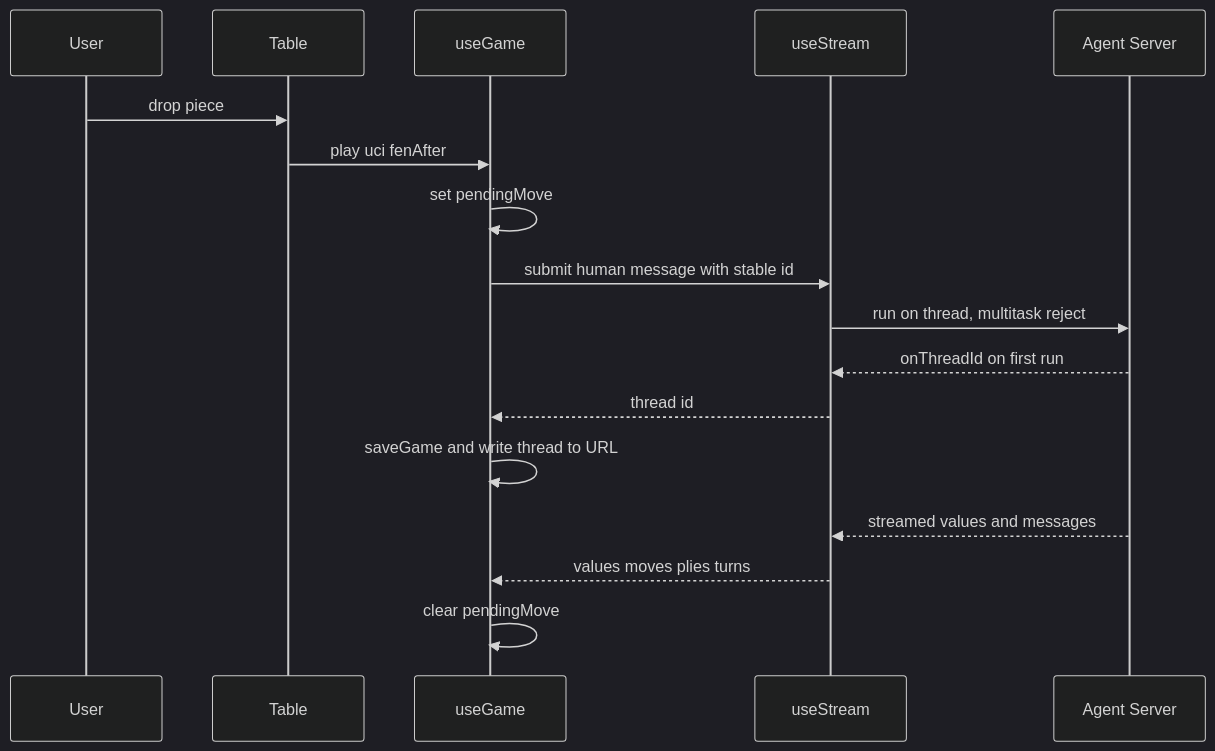
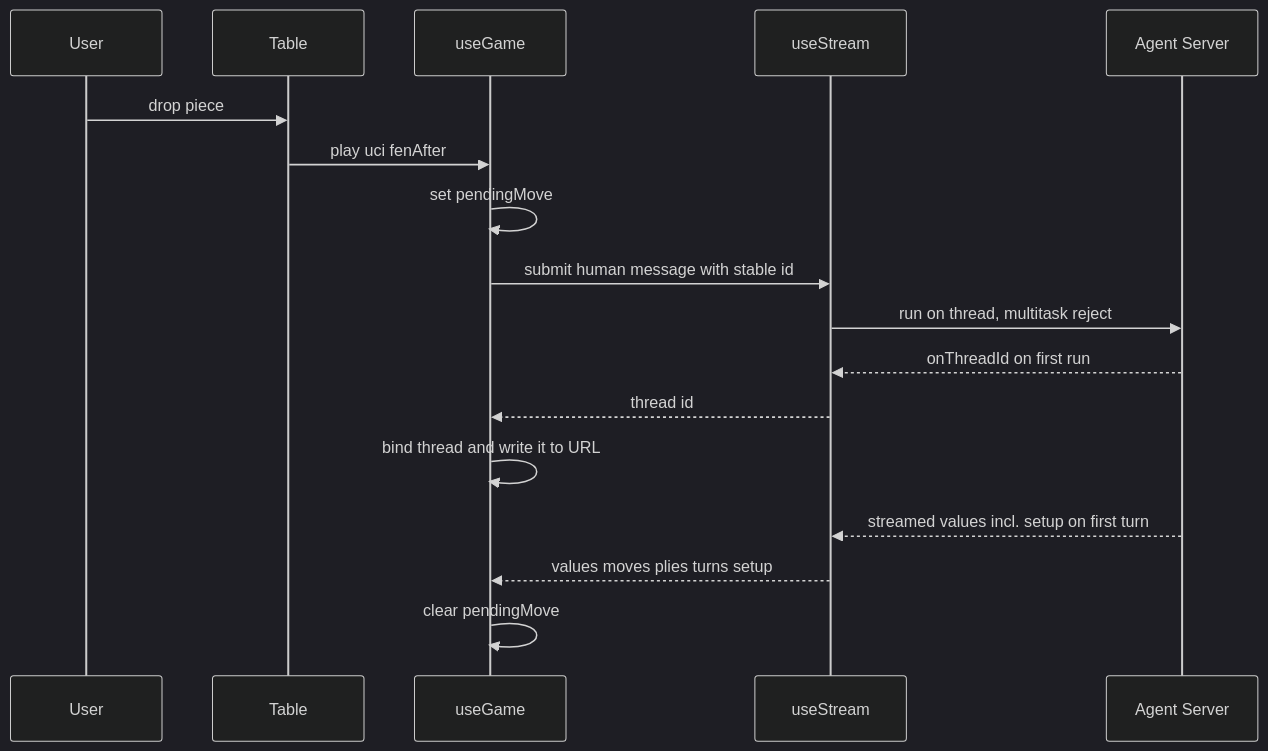
The second of 3 diagrams in openwiki/architecture/web-frontends.md (darieldatoon/langchain-chess), drawn with Mermaid (dark theme) before and after one commit. The commit also changed other lines of this file and 39 other files, not shown here.

````diff
--- a/openwiki/architecture/web-frontends.md
+++ b/openwiki/architecture/web-frontends.md
@@ -140,19 +153,19 @@
 ```mermaid
 sequenceDiagram
   participant U as User
   participant T as Table
   participant G as useGame
   participant S as useStream
   participant AS as Agent Server
   U->>T: drop piece
   T->>G: play uci fenAfter
   G->>G: set pendingMove
   G->>S: submit human message with stable id
   S->>AS: run on thread, multitask reject
   AS-->>S: onThreadId on first run
   S-->>G: thread id
-  G->>G: saveGame and write thread to URL
-  AS-->>S: streamed values and messages
-  S-->>G: values moves plies turns
+  G->>G: bind thread and write it to URL
+  AS-->>S: streamed values incl. setup on first turn
+  S-->>G: values moves plies turns setup
   G->>G: clear pendingMove
 ```
````
